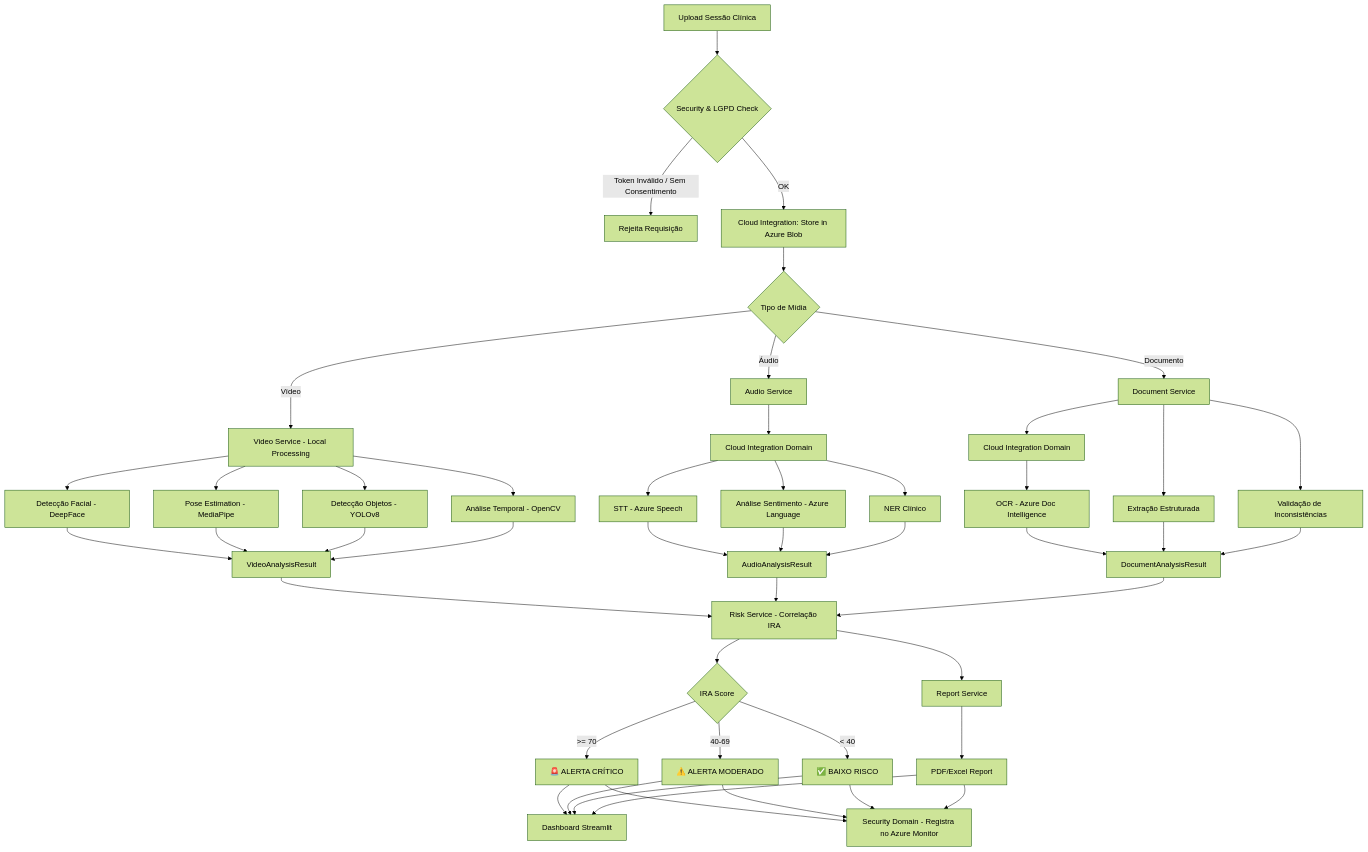
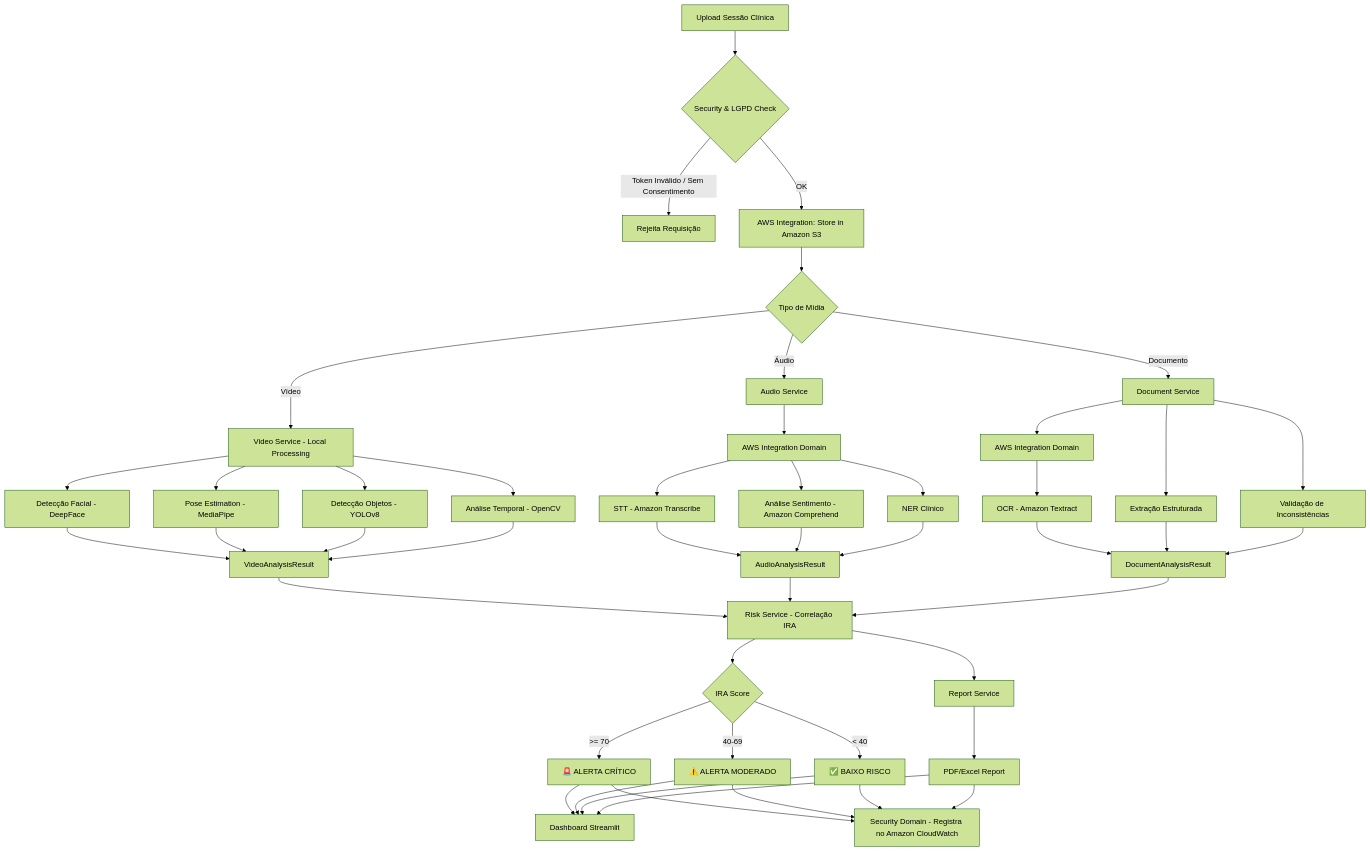
One commit to Wallace82/guardia-parto-seguro changed the fifth of 6 diagrams in docs/ARCHITECTURE.md. Above: the diagram before and after it, drawn with Mermaid (forest theme). The commit also changed other lines of this file and 12 other files, not shown here.

Commit message:
docs: add project architectural, environmental, and planning documentation to the repository

````diff
--- a/docs/ARCHITECTURE.md
+++ b/docs/ARCHITECTURE.md
@@ -209,43 +209,43 @@
 ```mermaid
 flowchart TD
     A[Upload Sessão Clínica] --> SEC{Security & LGPD Check}
     SEC -->|Token Inválido / Sem Consentimento| REJ[Rejeita Requisição]
-    SEC -->|OK| C_STORE[Cloud Integration: Store in Azure Blob]
+    SEC -->|OK| C_STORE[AWS Integration: Store in Amazon S3]
     
     C_STORE --> B{Tipo de Mídia}
     B -->|Vídeo| C[Video Service - Local Processing]
     B -->|Áudio| D[Audio Service]
     B -->|Documento| E[Document Service]
 
     C --> C1[Detecção Facial - DeepFace]
     C --> C2[Pose Estimation - MediaPipe]
     C --> C3[Detecção Objetos - YOLOv8]
     C --> C4[Análise Temporal - OpenCV]
 
-    D --> D_CLOUD[Cloud Integration Domain]
-    D_CLOUD --> D1[STT - Azure Speech]
-    D_CLOUD --> D2[Análise Sentimento - Azure Language]
+    D --> D_CLOUD[AWS Integration Domain]
+    D_CLOUD --> D1[STT - Amazon Transcribe]
+    D_CLOUD --> D2[Análise Sentimento - Amazon Comprehend]
     D_CLOUD --> D3[NER Clínico]
 
-    E --> E_CLOUD[Cloud Integration Domain]
-    E_CLOUD --> E1[OCR - Azure Doc Intelligence]
+    E --> E_CLOUD[AWS Integration Domain]
+    E_CLOUD --> E1[OCR - Amazon Textract]
     E --> E2[Extração Estruturada]
     E --> E3[Validação de Inconsistências]
 
     C1 & C2 & C3 & C4 --> F[VideoAnalysisResult]
     D1 & D2 & D3 --> G[AudioAnalysisResult]
     E1 & E2 & E3 --> H[DocumentAnalysisResult]
 
     F & G & H --> I[Risk Service - Correlação IRA]
     I --> J{IRA Score}
     J -->|>= 70| K[🚨 ALERTA CRÍTICO]
     J -->|40-69| L[⚠️ ALERTA MODERADO]
     J -->|< 40| M[✅ BAIXO RISCO]
 
     I --> N[Report Service]
     N --> O[PDF/Excel Report]
     K & L & M --> P[Dashboard Streamlit]
     O --> P
     
-    K & L & M & O --> AUDIT[Security Domain - Registra no Azure Monitor]
+    K & L & M & O --> AUDIT[Security Domain - Registra no Amazon CloudWatch]
 ```
````
